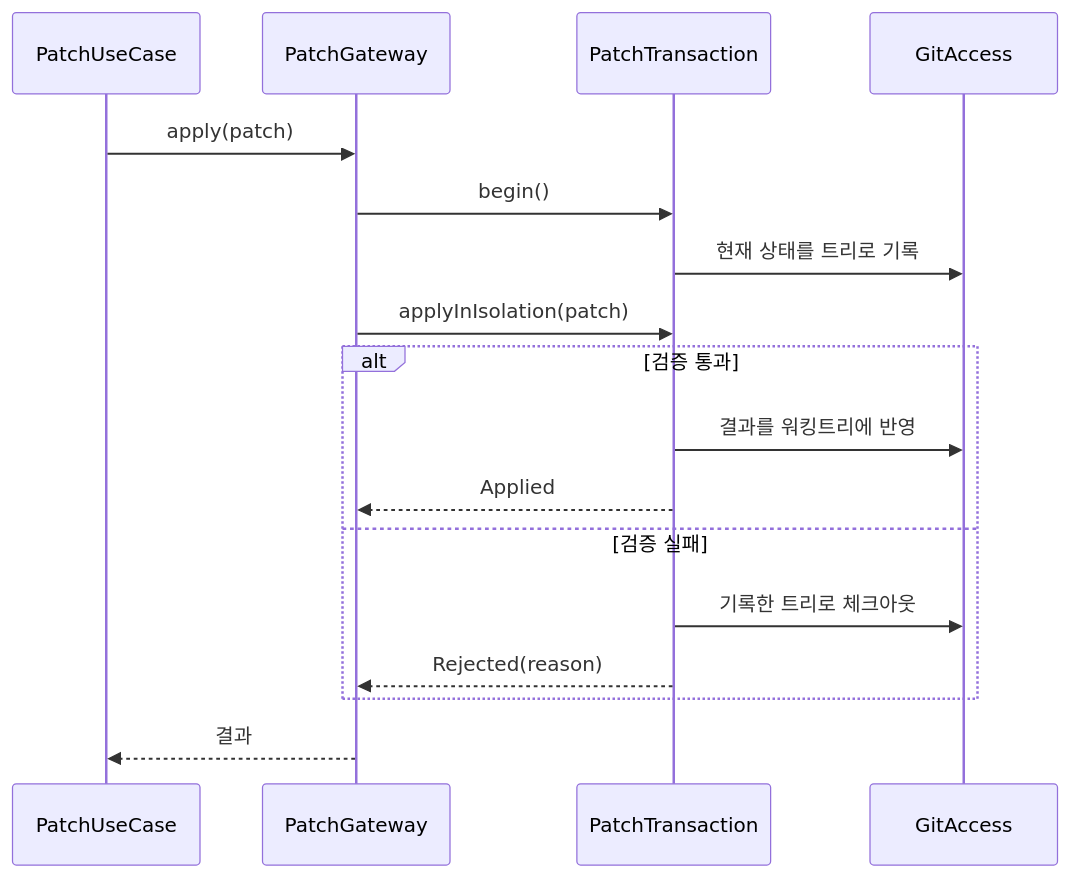
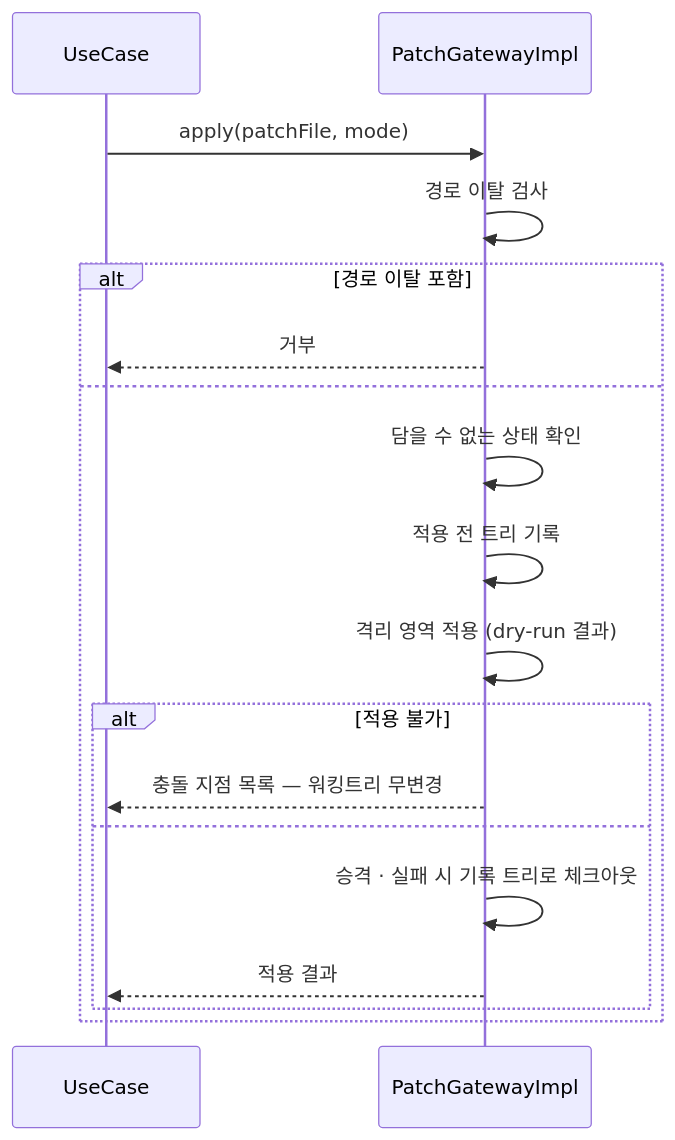
Before and after one commit to biuea3866/gitkraken-clone-app: the first of 2 diagrams in tickets/UND-60-patch-apply-transaction.md, drawn with Mermaid. The commit also changed other lines of this file and 6 other files, not shown here.

````diff
--- a/tickets/UND-60-patch-apply-transaction.md
+++ b/tickets/UND-60-patch-apply-transaction.md
@@ -56,19 +94,20 @@
 ```mermaid
 sequenceDiagram
-    participant UC as PatchUseCase
-    participant GW as PatchGateway
-    participant TX as PatchTransaction
-    participant Git as GitAccess
-    UC->>GW: apply(patch)
-    GW->>TX: begin()
-    TX->>Git: 현재 상태를 트리로 기록
-    GW->>TX: applyInIsolation(patch)
-    alt 검증 통과
-        TX->>Git: 결과를 워킹트리에 반영
-        TX-->>GW: Applied
-    else 검증 실패
-        TX->>Git: 기록한 트리로 체크아웃
-        TX-->>GW: Rejected(reason)
+    participant UC as UseCase
+    participant GW as PatchGatewayImpl
+    UC->>GW: apply(patchFile, mode)
+    GW->>GW: 경로 이탈 검사
+    alt 경로 이탈 포함
+        GW-->>UC: 거부
+    else
+        GW->>GW: 담을 수 없는 상태 확인
+        GW->>GW: 적용 전 트리 기록
+        GW->>GW: 격리 영역 적용 (dry-run 결과)
+        alt 적용 불가
+            GW-->>UC: 충돌 지점 목록 — 워킹트리 무변경
+        else
+            GW->>GW: 승격 · 실패 시 기록 트리로 체크아웃
+            GW-->>UC: 적용 결과
+        end
     end
-    GW-->>UC: 결과
 ```
````
